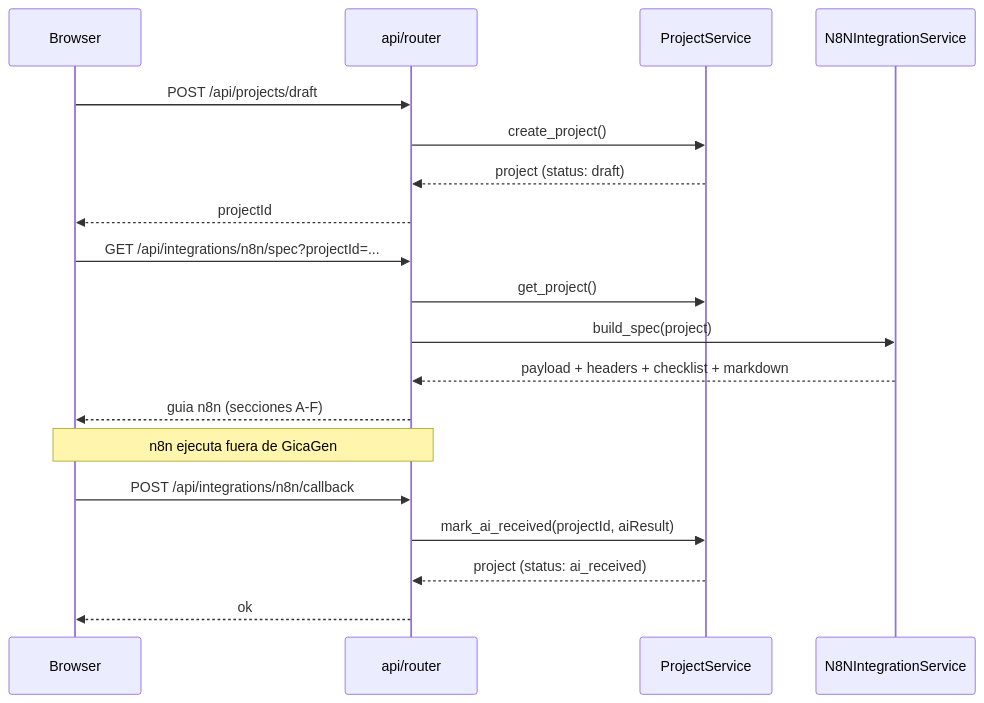
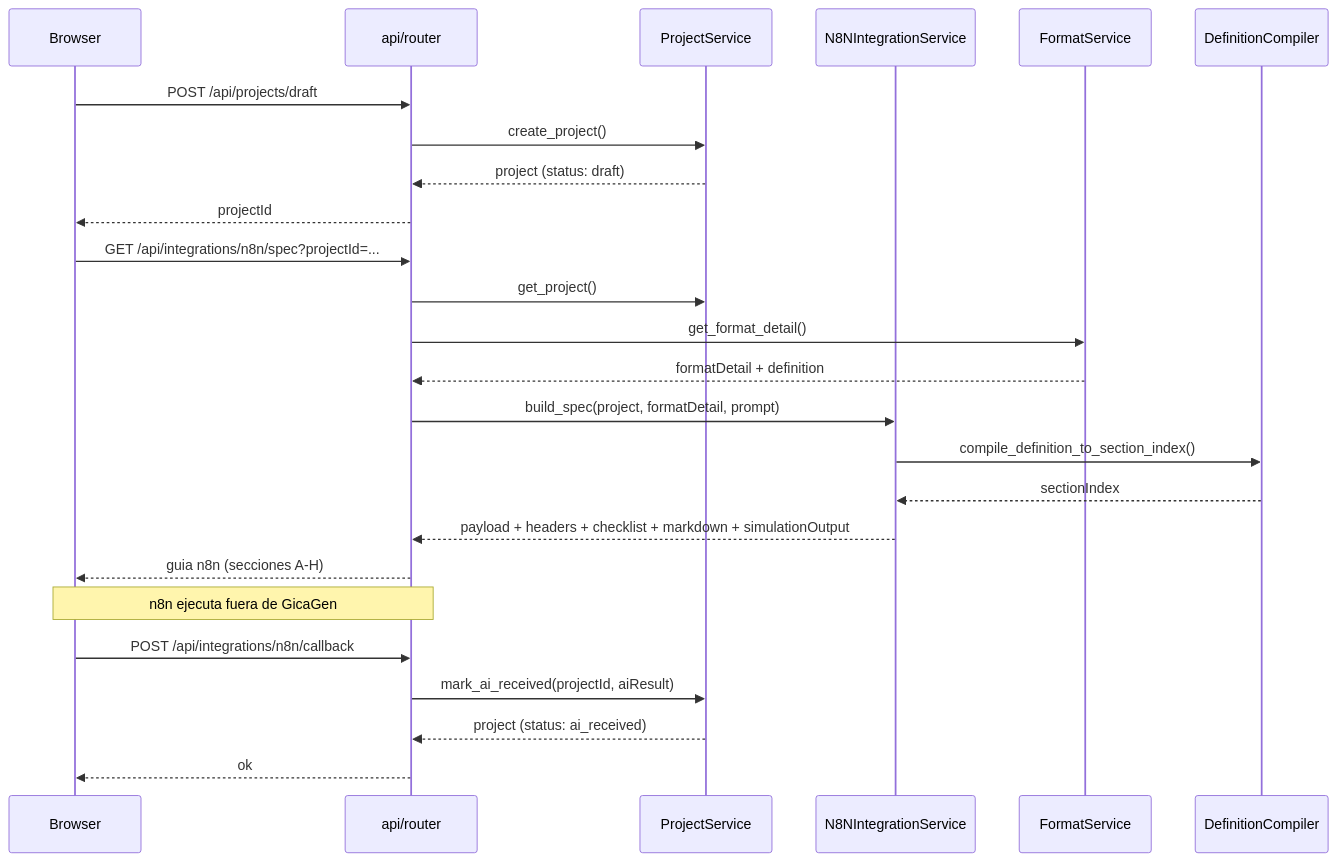
One commit to mikehernandez-bit/Proyecto2TesisAI changed the second of 4 diagrams in docs/02-arquitectura.md. Above: the diagram before and after it, drawn with Mermaid. The commit also changed other lines of this file and 160 other files, not shown here.

````diff
--- a/docs/02-arquitectura.md
+++ b/docs/02-arquitectura.md
@@ -90,24 +122,30 @@
 ```mermaid
 sequenceDiagram
     participant B as Browser
     participant API as api/router
     participant PS as ProjectService
     participant NS as N8NIntegrationService
+    participant FS as FormatService
+    participant DC as DefinitionCompiler
 
     B->>API: POST /api/projects/draft
     API->>PS: create_project()
     PS-->>API: project (status: draft)
     API-->>B: projectId
 
     B->>API: GET /api/integrations/n8n/spec?projectId=...
     API->>PS: get_project()
-    API->>NS: build_spec(project)
-    NS-->>API: payload + headers + checklist + markdown
-    API-->>B: guia n8n (secciones A-F)
+    API->>FS: get_format_detail()
+    FS-->>API: formatDetail + definition
+    API->>NS: build_spec(project, formatDetail, prompt)
+    NS->>DC: compile_definition_to_section_index()
+    DC-->>NS: sectionIndex
+    NS-->>API: payload + headers + checklist + markdown + simulationOutput
+    API-->>B: guia n8n (secciones A-H)
 
     Note over B,API: n8n ejecuta fuera de GicaGen
     B->>API: POST /api/integrations/n8n/callback
     API->>PS: mark_ai_received(projectId, aiResult)
     PS-->>API: project (status: ai_received)
     API-->>B: ok
 ```
````
